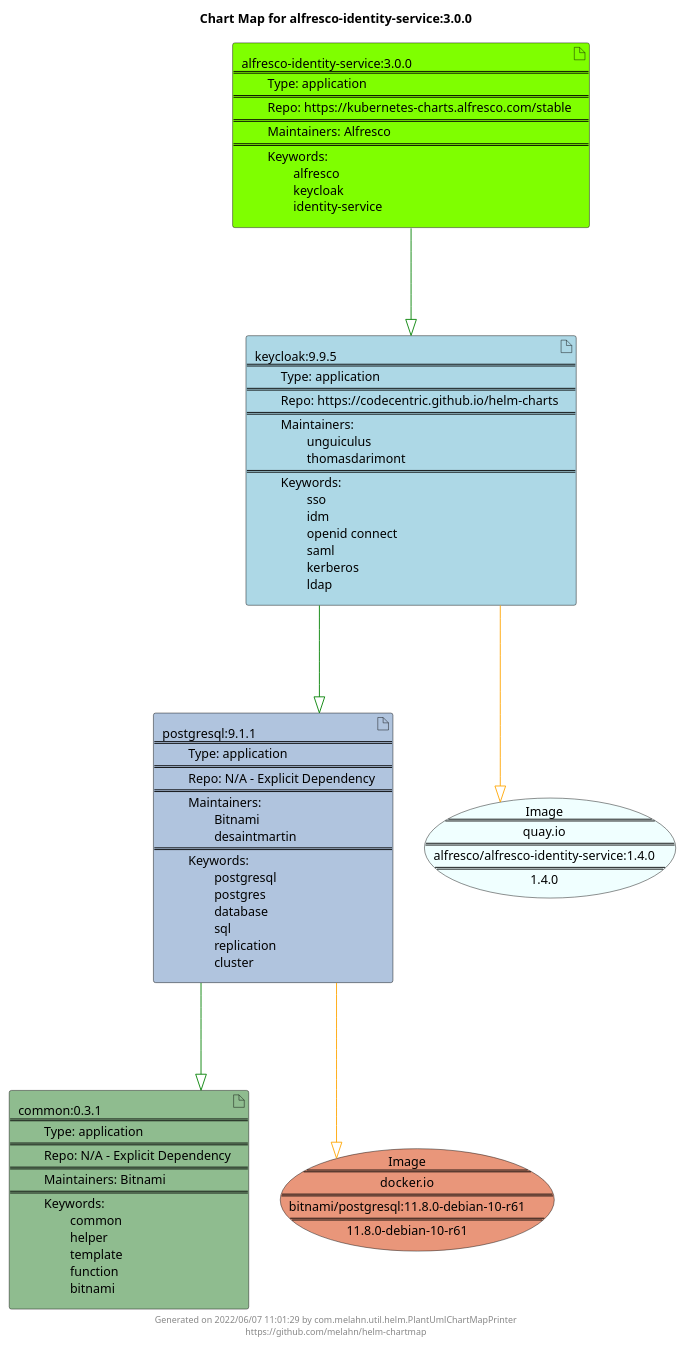
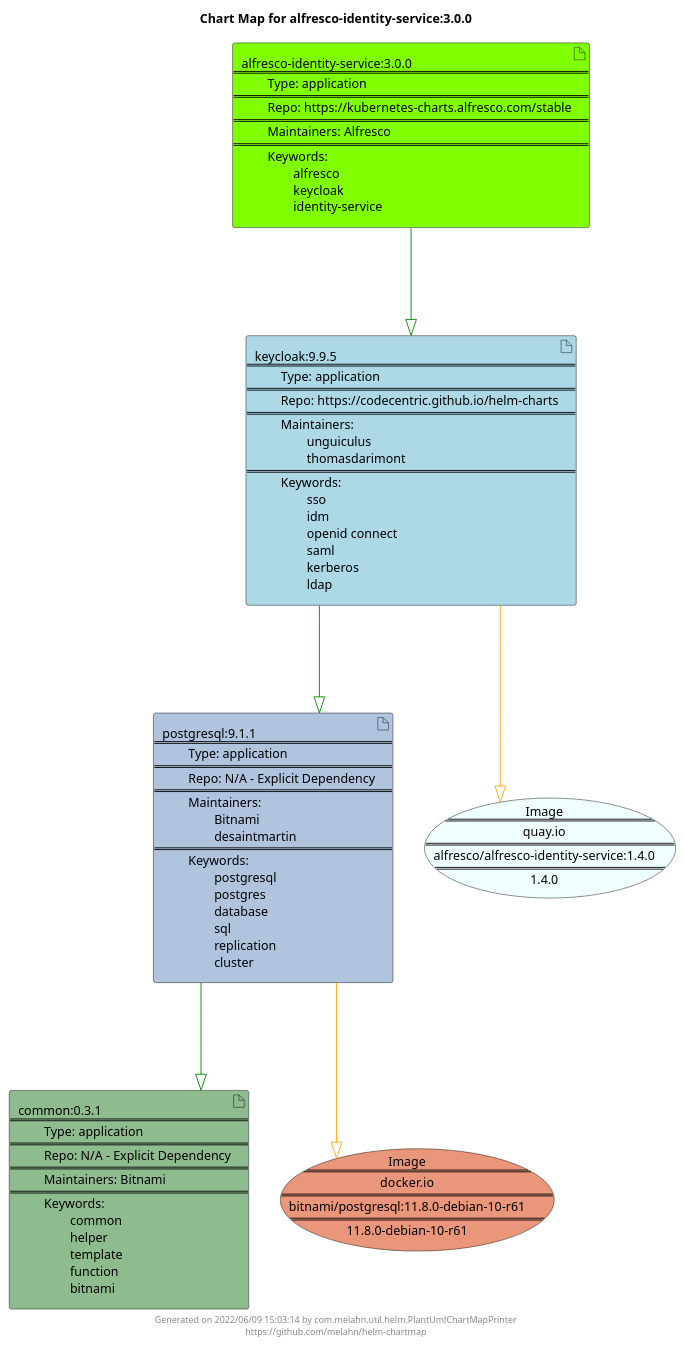
Before and after one commit to melahn/helm-chartmap: the diagram in docs/alfresco-identity-service/alfresco-identity-service-3.0.0.puml, drawn with PlantUML. The commit also changed 60 other files, not shown here.

Commit message:
Update Example Chart Maps as part of GitHub build

```diff
--- a/docs/alfresco-identity-service/alfresco-identity-service-3.0.0.puml
+++ b/docs/alfresco-identity-service/alfresco-identity-service-3.0.0.puml
@@ -1,29 +1,29 @@
 @startuml
 skinparam linetype ortho
 skinparam backgroundColor white
 skinparam usecaseBorderColor black
 skinparam usecaseArrowColor LightSlateGray
 skinparam artifactBorderColor black
 skinparam artifactArrowColor LightSlateGray
 
 title Chart Map for alfresco-identity-service:3.0.0
 
 'There are 4 referenced Helm Charts
 artifact "postgresql:9.1.1\n====\n\tType: application\n====\n\tRepo: N/A - Explicit Dependency\n====\n\tMaintainers: \n\t\tBitnami\n\t\tdesaintmartin\n====\n\tKeywords: \n\t\tpostgresql\n\t\tpostgres\n\t\tdatabase\n\t\tsql\n\t\treplication\n\t\tcluster" as postgresql_9_1_1 #LightSteelBlue
 artifact "alfresco-identity-service:3.0.0\n====\n\tType: application\n====\n\tRepo: https://kubernetes-charts.alfresco.com/stable\n====\n\tMaintainers: Alfresco\n====\n\tKeywords: \n\t\talfresco\n\t\tkeycloak\n\t\tidentity-service" as alfresco_identity_service_3_0_0 #Chartreuse
 artifact "keycloak:9.9.5\n====\n\tType: application\n====\n\tRepo: https://codecentric.github.io/helm-charts\n====\n\tMaintainers: \n\t\tunguiculus\n\t\tthomasdarimont\n====\n\tKeywords: \n\t\tsso\n\t\tidm\n\t\topenid connect\n\t\tsaml\n\t\tkerberos\n\t\tldap" as keycloak_9_9_5 #LightBlue
 artifact "common:0.3.1\n====\n\tType: application\n====\n\tRepo: N/A - Explicit Dependency\n====\n\tMaintainers: Bitnami\n====\n\tKeywords: \n\t\tcommon\n\t\thelper\n\t\ttemplate\n\t\tfunction\n\t\tbitnami" as common_0_3_1 #DarkSeaGreen
 
 'There are 2 referenced Docker Images
 usecase "Image\n====\ndocker.io\n====\nbitnami/postgresql:11.8.0-debian-10-r61\n====\n11.8.0-debian-10-r61" as docker_io_bitnami_postgresql_11_8_0_debian_10_r61 #DarkSalmon
 usecase "Image\n====\nquay.io\n====\nalfresco/alfresco-identity-service:1.4.0\n====\n1.4.0" as quay_io_alfresco_alfresco_identity_service_1_4_0 #Azure
 
 'Chart Dependencies
 alfresco_identity_service_3_0_0--[#green]-|>keycloak_9_9_5
 keycloak_9_9_5--[#green]-|>postgresql_9_1_1
 postgresql_9_1_1--[#green]-|>common_0_3_1
 postgresql_9_1_1--[#orange]-|>docker_io_bitnami_postgresql_11_8_0_debian_10_r61
 keycloak_9_9_5--[#orange]-|>quay_io_alfresco_alfresco_identity_service_1_4_0
 
-center footer Generated on 2022/06/07 11:01:29 by com.melahn.util.helm.PlantUmlChartMapPrinter\nhttps://github.com/melahn/helm-chartmap
+center footer Generated on 2022/06/09 15:03:14 by com.melahn.util.helm.PlantUmlChartMapPrinter\nhttps://github.com/melahn/helm-chartmap
 @enduml
```
